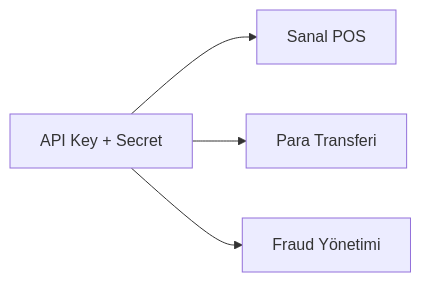
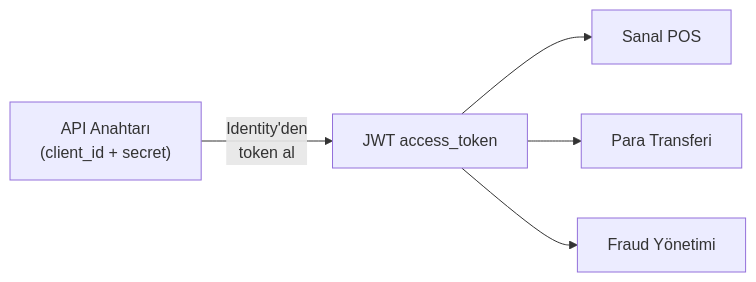
Before and after one commit to payment-pos/mintlify: the diagram in documentation/account-model.mdx, drawn with Mermaid. The commit also changed other lines of this file and 24 other files, not shown here.

````diff
--- a/documentation/account-model.mdx
+++ b/documentation/account-model.mdx
@@ -79,7 +81,8 @@
 ```mermaid
 flowchart LR
-    Key["API Key + Secret"]
-    Key --> VPOS["Sanal POS"]
-    Key --> Transfer["Para Transferi"]
-    Key --> Fraud["Fraud Yönetimi"]
+    Key["API Anahtarı<br/>(client_id + secret)"]
+    Key -->|"Identity'den<br/>token al"| Token["JWT access_token"]
+    Token --> VPOS["Sanal POS"]
+    Token --> Transfer["Para Transferi"]
+    Token --> Fraud["Fraud Yönetimi"]
 ```
````
